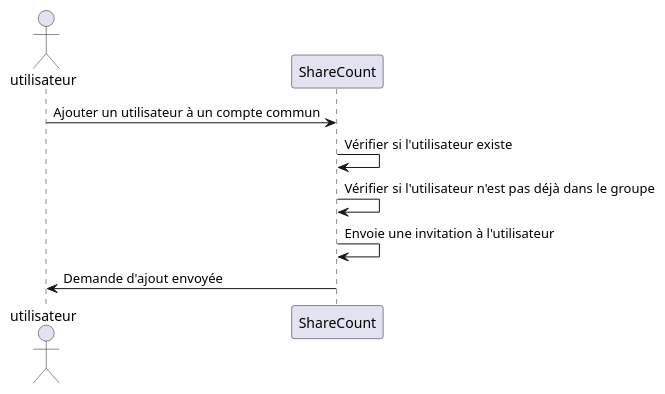
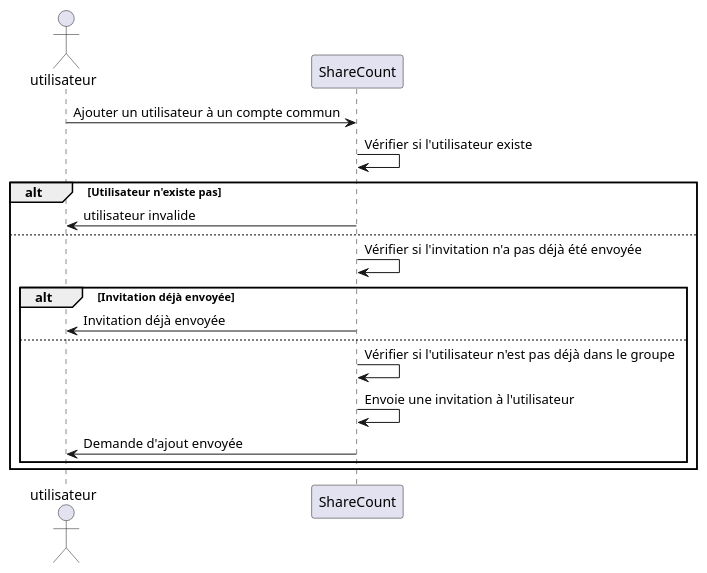
The diagram in diagrammes/specification/sequence/Inviter-Ajouter-un-participant.puml (lmtb06/sharecount), drawn with PlantUML before and after one commit. The commit also changed 4 other files, not shown here.

Commit message:
Modification de certains diagrammes

```diff
--- a/diagrammes/specification/sequence/Inviter-Ajouter-un-participant.puml
+++ b/diagrammes/specification/sequence/Inviter-Ajouter-un-participant.puml
@@ -1,12 +1,26 @@
 @startuml  Inviter/Ajouter un participant
 
 actor utilisateur as u
 participant ShareCount as sc
 
 u -> sc : Ajouter un utilisateur à un compte commun
 sc -> sc : Vérifier si l'utilisateur existe
+
+alt Utilisateur n'existe pas
+sc -> u : utilisateur invalide
+else
+
+sc -> sc : Vérifier si l'invitation n'a pas déjà été envoyée
+
+alt Invitation déjà envoyée 
+sc -> u : Invitation déjà envoyée
+else
+
 sc -> sc : Vérifier si l'utilisateur n'est pas déjà dans le groupe
 sc -> sc : Envoie une invitation à l'utilisateur 
 sc -> u : Demande d'ajout envoyée
 
+end
+end
+
 @enduml
```
